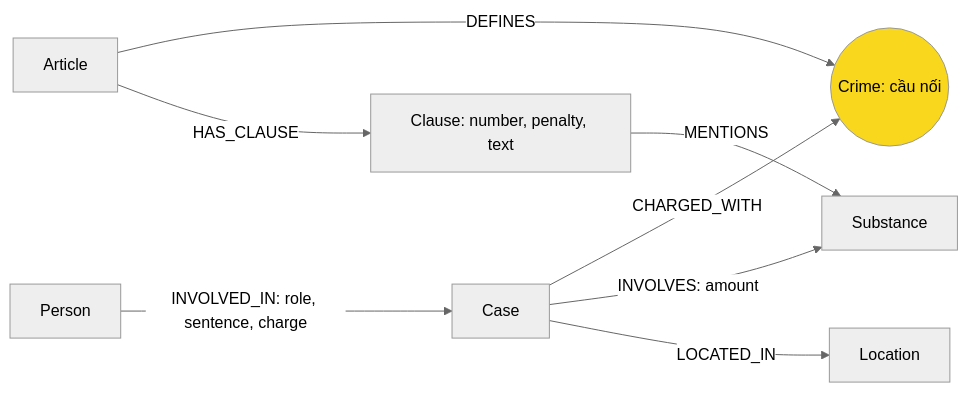
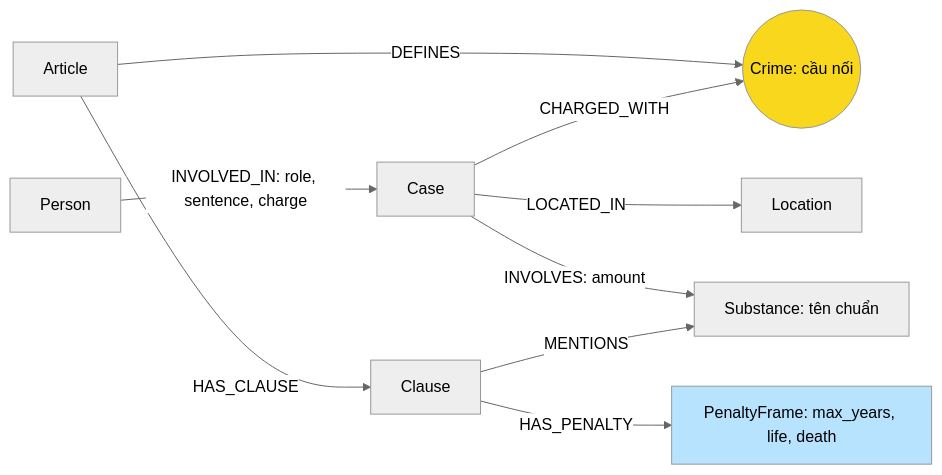
One commit to HuyHaiThanh/K4-DAY19-NguyenVanHuy-2A202602428 changed the diagram in report/ONTOLOGY.md. Above: the diagram before and after it, drawn with Mermaid (neutral theme). The commit also changed other lines of this file and 9 other files, not shown here.

````diff
--- a/report/ONTOLOGY.md
+++ b/report/ONTOLOGY.md
@@ -17,11 +12,13 @@
 ```mermaid
 flowchart LR
     P[Person] -->|INVOLVED_IN: role, sentence, charge| K[Case]
     K -->|CHARGED_WITH| C((Crime: cầu nối))
     A[Article] -->|DEFINES| C
-    A -->|HAS_CLAUSE| CL[Clause: number, penalty, text]
-    CL -->|MENTIONS| S[Substance]
+    A -->|HAS_CLAUSE| CL[Clause]
+    CL -->|HAS_PENALTY| F[PenaltyFrame: max_years, life, death]
+    CL -->|MENTIONS| S[Substance: tên chuẩn]
     K -->|INVOLVES: amount| S
     K -->|LOCATED_IN| L[Location]
     style C fill:#f9d71c,color:#000
+    style F fill:#b8e3ff,color:#000
 ```
````
